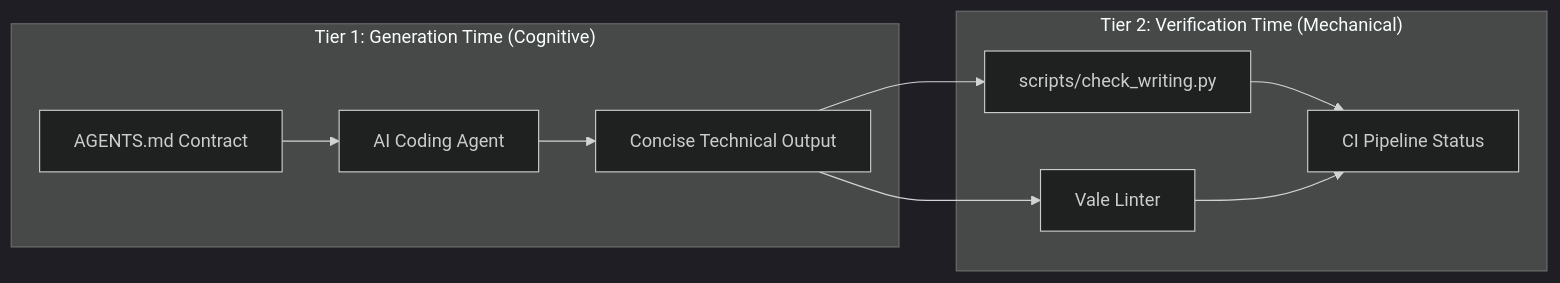
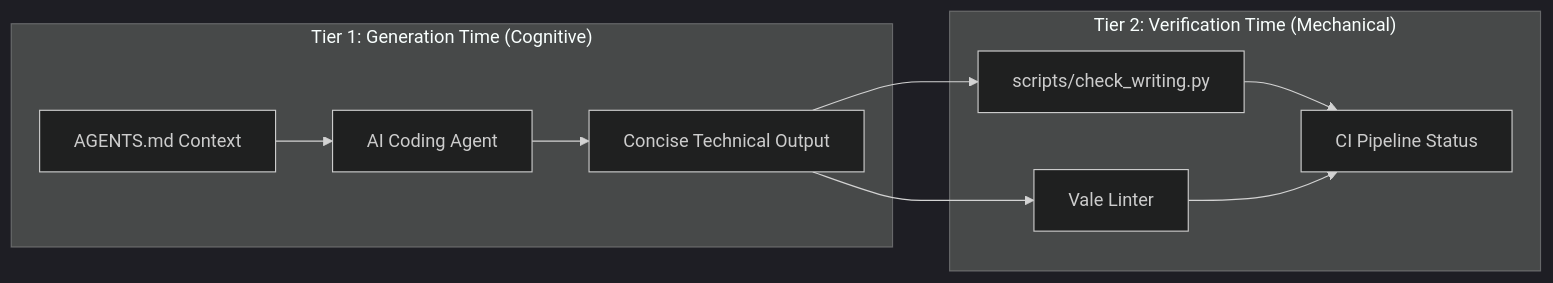
Before and after one commit to chama-x/writing-systems: the diagram in README.md, drawn with Mermaid (dark theme). The commit also changed other lines of this file, not shown here.

````diff
--- a/README.md
+++ b/README.md
@@ -62,13 +62,13 @@
 ```mermaid
 flowchart LR
     subgraph Tier1 ["Tier 1: Generation Time (Cognitive)"]
-        A["AGENTS.md Contract"] --> B["AI Coding Agent"]
+        A["AGENTS.md Context"] --> B["AI Coding Agent"]
         B --> C["Concise Technical Output"]
     end
     subgraph Tier2 ["Tier 2: Verification Time (Mechanical)"]
         C --> D["scripts/check_writing.py"]
         C --> E["Vale Linter"]
         D --> F["CI Pipeline Status"]
         E --> F
     end
 ```
````
